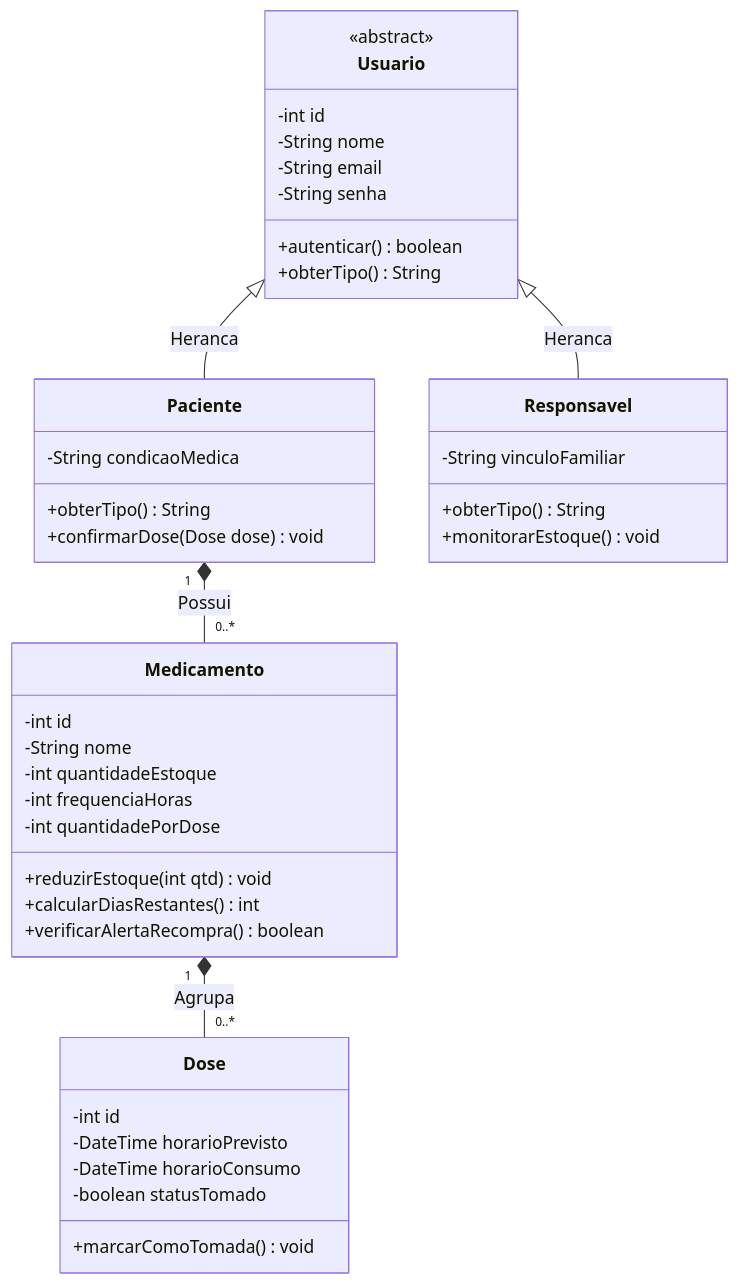
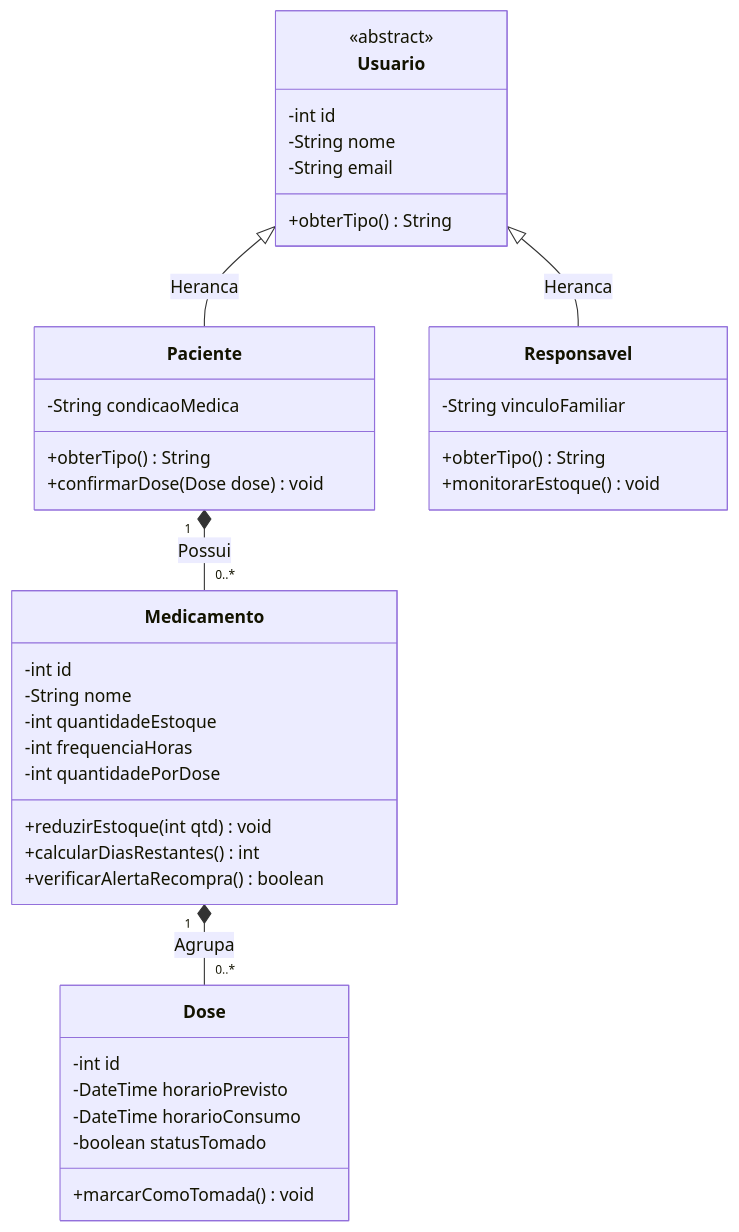
One commit to Fximis/aep-gestao-medicamentos changed the second of 3 diagrams in README.md. Above: the diagram before and after it, drawn with Mermaid. The commit also changed other lines of this file and 34 other files, not shown here.

````diff
--- a/README.md
+++ b/README.md
@@ -99,48 +99,46 @@
 ```mermaid
 classDiagram
     class Usuario {
         <<abstract>>
         -int id
         -String nome
         -String email
-        -String senha
-        +autenticar() boolean
         +obterTipo() String
     }
 
     class Paciente {
         -String condicaoMedica
         +obterTipo() String
         +confirmarDose(Dose dose) void
     }
 
     class Responsavel {
         -String vinculoFamiliar
         +obterTipo() String
         +monitorarEstoque() void
     }
 
     class Medicamento {
         -int id
         -String nome
         -int quantidadeEstoque
         -int frequenciaHoras
         -int quantidadePorDose
         +reduzirEstoque(int qtd) void
         +calcularDiasRestantes() int
         +verificarAlertaRecompra() boolean
     }
 
     class Dose {
         -int id
         -DateTime horarioPrevisto
         -DateTime horarioConsumo
         -boolean statusTomado
         +marcarComoTomada() void
     }
 
     Usuario <|-- Paciente : Heranca
     Usuario <|-- Responsavel : Heranca
     Paciente "1" *-- "0..*" Medicamento : Possui
     Medicamento "1" *-- "0..*" Dose : Agrupa
 ```
````
